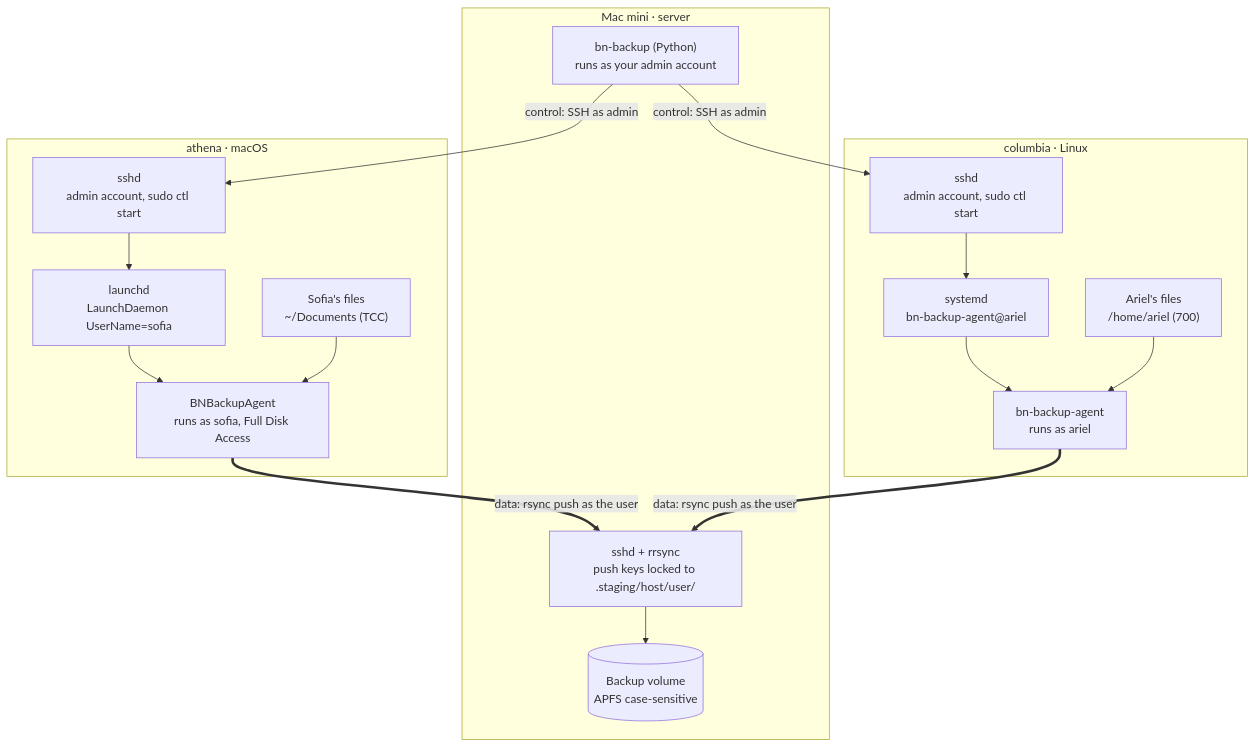
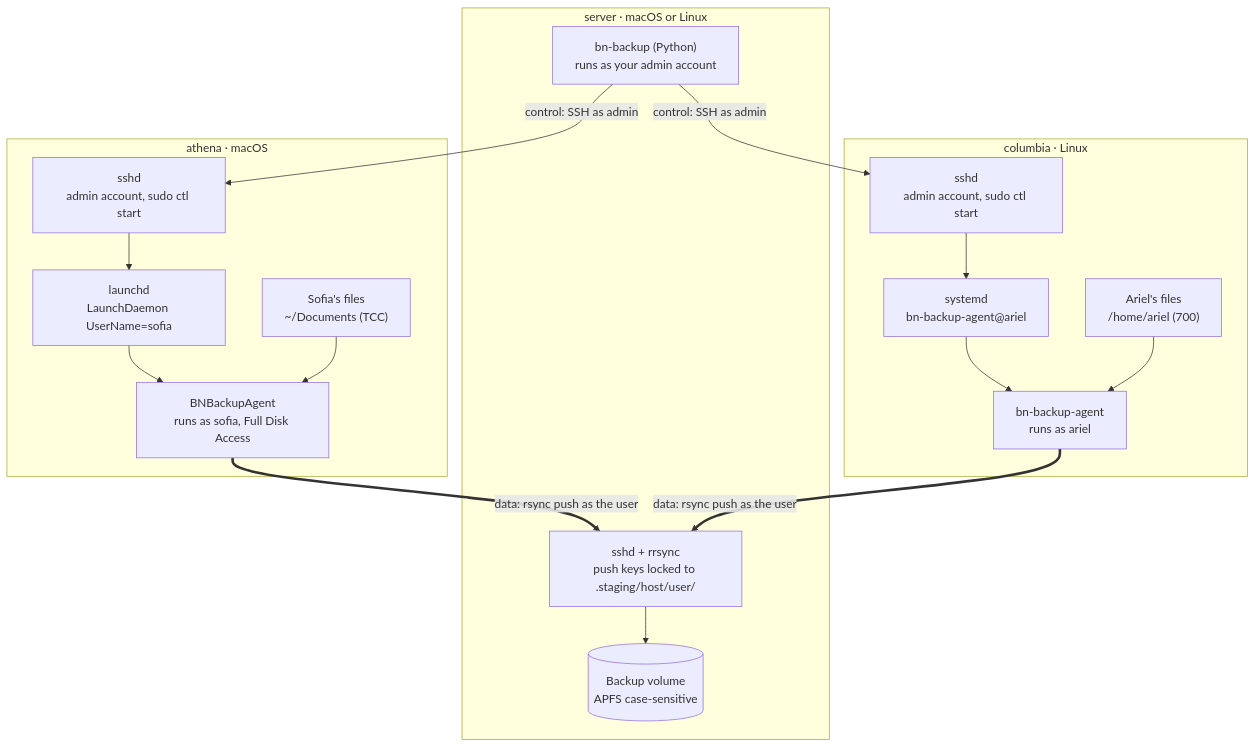
The first of 2 diagrams in docs/design.md (ahestevenz/backup-orchestrator), drawn with Mermaid before and after one commit. The commit also changed other lines of this file and 24 other files, not shown here.

First line of the commit message:
Describe the server generically instead of as a Mac mini

````diff
--- a/docs/design.md
+++ b/docs/design.md
@@ -254,23 +254,23 @@
 ```mermaid
 flowchart TB
-  subgraph S["Mac mini · server"]
+  subgraph S["server · macOS or Linux"]
     A["bn-backup (Python)<br/>runs as your admin account"]
     B["sshd + rrsync<br/>push keys locked to .staging/host/user/"]
     C[("Backup volume<br/>APFS case-sensitive")]
     B --> C
   end
   subgraph M["athena · macOS"]
     MS["sshd<br/>admin account, sudo ctl start"] --> ML["launchd<br/>LaunchDaemon UserName=sofia"]
     ML --> MA["BNBackupAgent<br/>runs as sofia, Full Disk Access"]
     MF["Sofia's files<br/>~/Documents (TCC)"] --> MA
   end
   subgraph L["columbia · Linux"]
     LS["sshd<br/>admin account, sudo ctl start"] --> LD["systemd<br/>bn-backup-agent@ariel"]
     LD --> LA["bn-backup-agent<br/>runs as ariel"]
     LF["Ariel's files<br/>/home/ariel (700)"] --> LA
   end
   A -- "control: SSH as admin" --> MS
   A -- "control: SSH as admin" --> LS
   MA == "data: rsync push as the user" ==> B
   LA == "data: rsync push as the user" ==> B
 ```
````
